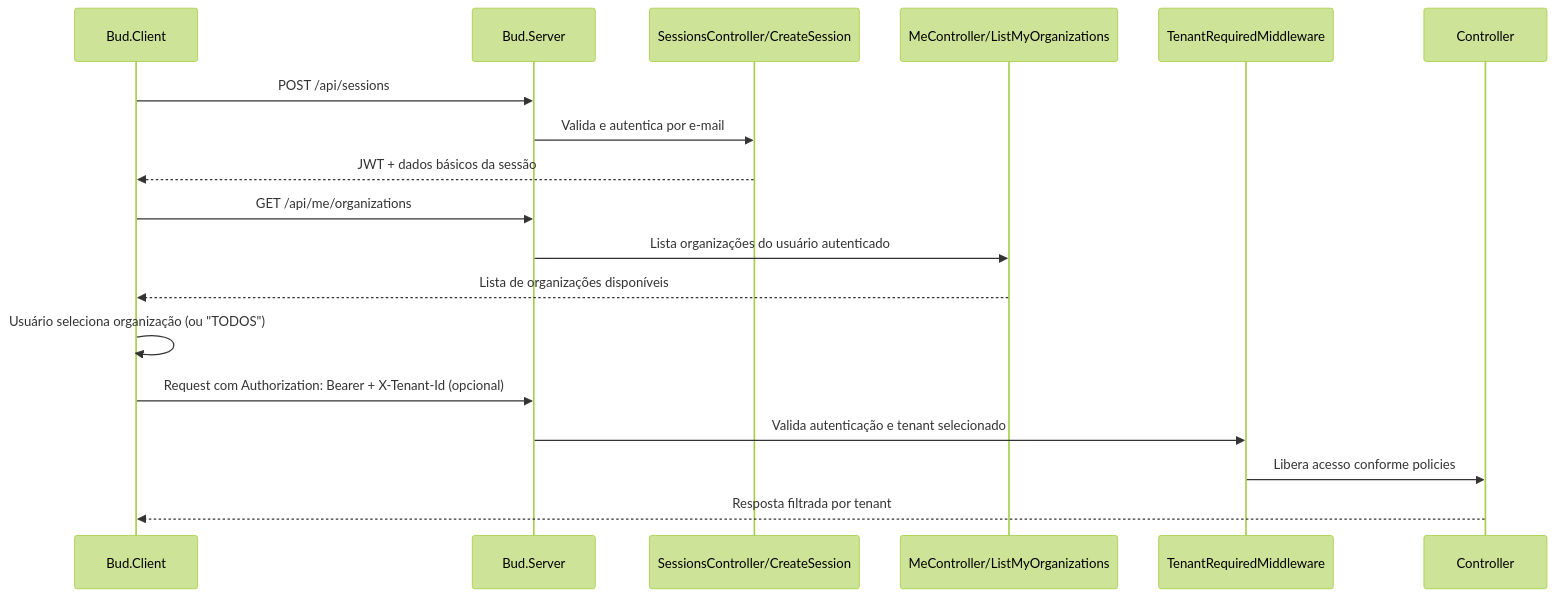
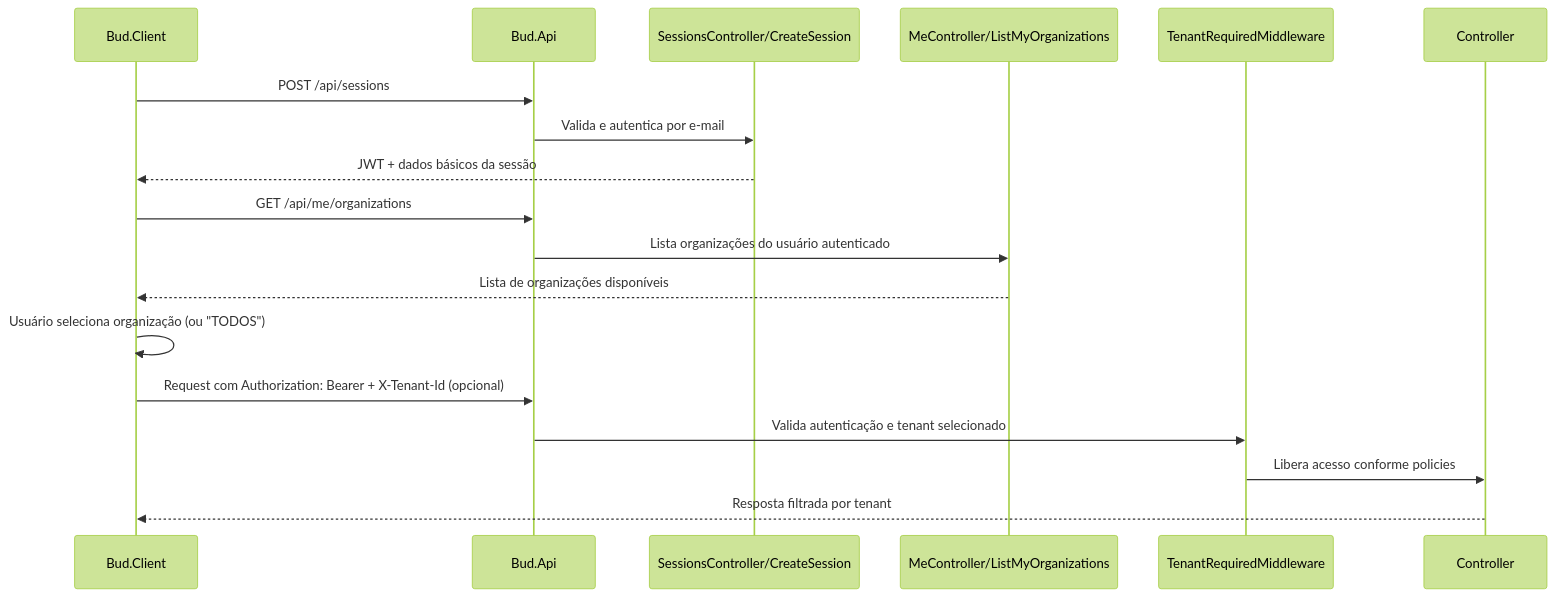
Before and after one commit to dsbraz/bud: the fifth of 11 diagrams in README.md, drawn with Mermaid (forest theme). The commit also changed other lines of this file and 806 other files, not shown here.

Commit message:
refactor: split server into api application domain infrastructure

````diff
--- a/README.md
+++ b/README.md
@@ -340,23 +339,23 @@
 ```mermaid
 sequenceDiagram
     participant UI as Bud.Client
-    participant API as Bud.Server
+    participant API as Bud.Api
     participant SESS as SessionsController/CreateSession
     participant ME as MeController/ListMyOrganizations
     participant TENANT as TenantRequiredMiddleware
     participant CTRL as Controller
 
     UI->>API: POST /api/sessions
     API->>SESS: Valida e autentica por e-mail
     SESS-->>UI: JWT + dados básicos da sessão
 
     UI->>API: GET /api/me/organizations
     API->>ME: Lista organizações do usuário autenticado
     ME-->>UI: Lista de organizações disponíveis
 
     UI->>UI: Usuário seleciona organização (ou "TODOS")
     UI->>API: Request com Authorization: Bearer + X-Tenant-Id (opcional)
     API->>TENANT: Valida autenticação e tenant selecionado
     TENANT->>CTRL: Libera acesso conforme policies
     CTRL-->>UI: Resposta filtrada por tenant
 ```
````
